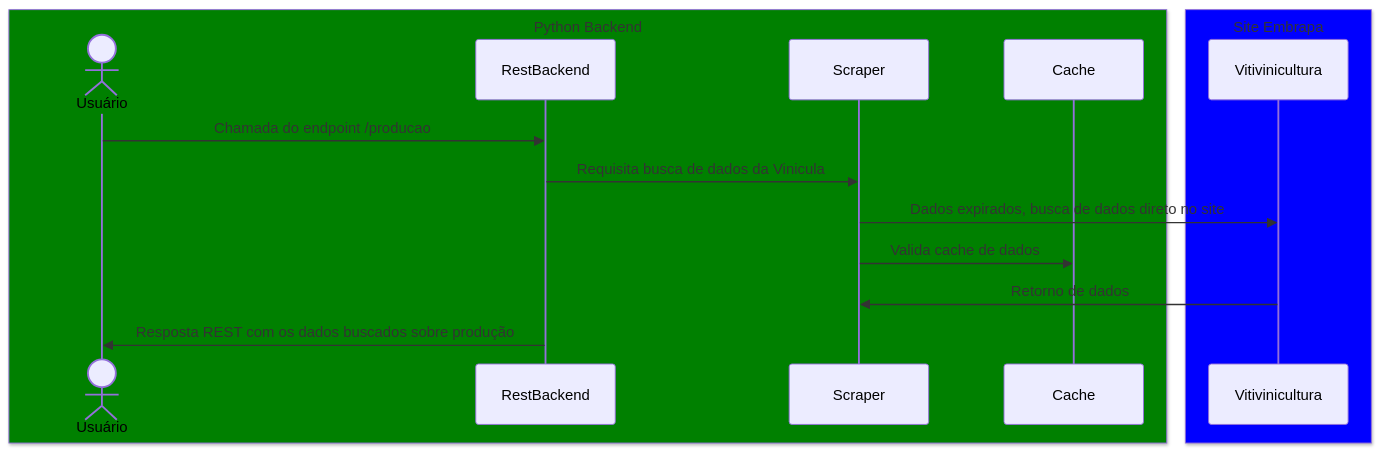
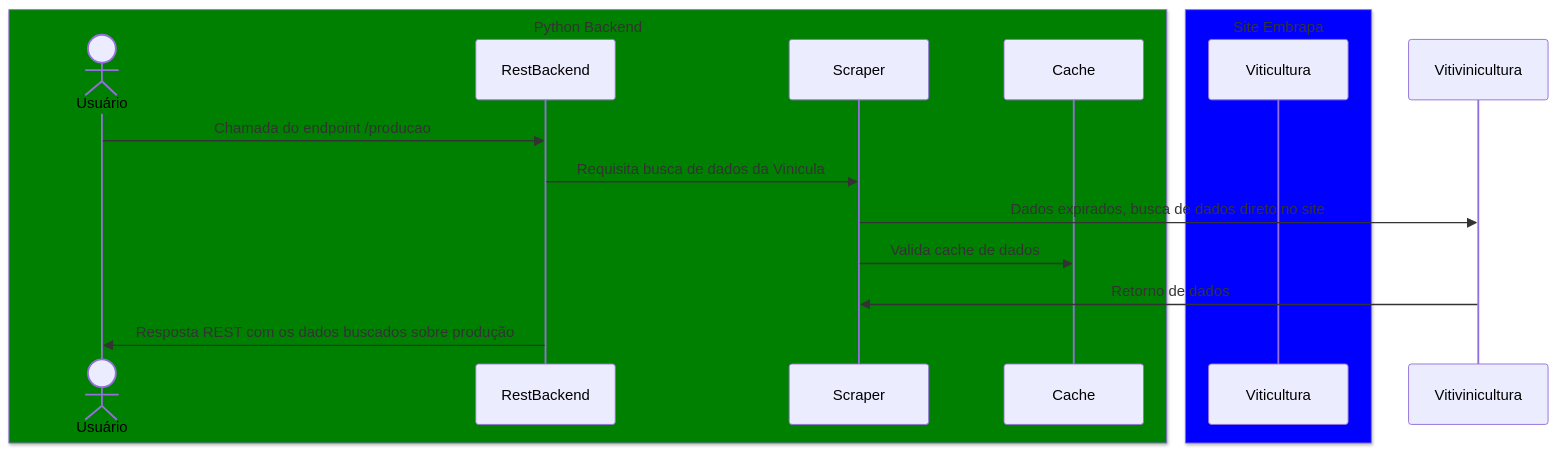
One commit to MathSpookyz/MLET-API---EMBRAPA changed the diagram in README.md. Above: the diagram before and after it, drawn with Mermaid. The commit also changed other lines of this file, not shown here.

````diff
--- a/README.md
+++ b/README.md
@@ -22,18 +21,18 @@
 ```mermaid
 sequenceDiagram
     box Green Python Backend
     actor Usuário
     participant RestBackend
     participant Scraper
     participant Cache
     end
     box Blue Site Embrapa
-    participant Vitivinicultura
+    participant Viticultura
     end    
     Usuário->>RestBackend: Chamada do endpoint /producao
     RestBackend->> Scraper: Requisita busca de dados da Vinicula
     Scraper ->> Vitivinicultura: Dados expirados, busca de dados direto no site
     Scraper ->> Cache: Valida cache de dados
     Vitivinicultura ->> Scraper: Retorno de dados
     RestBackend->>Usuário: Resposta REST com os dados buscados sobre produção
 ```
````
